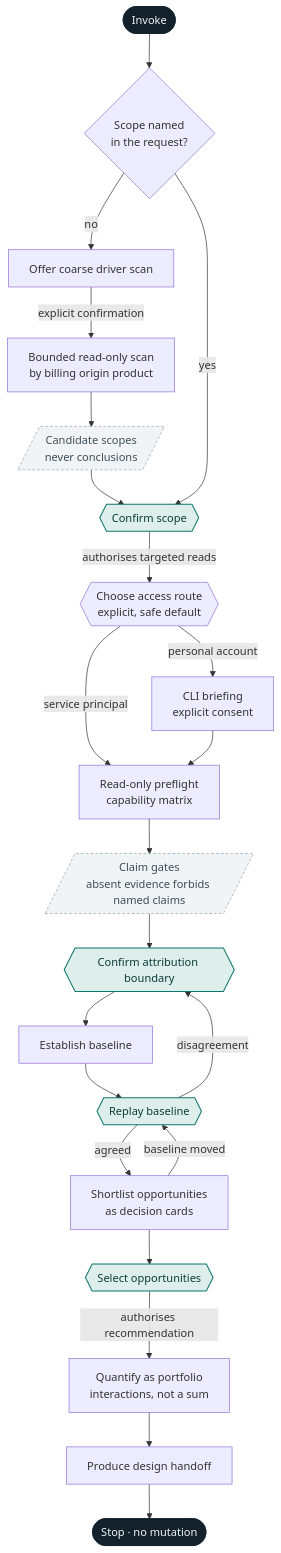
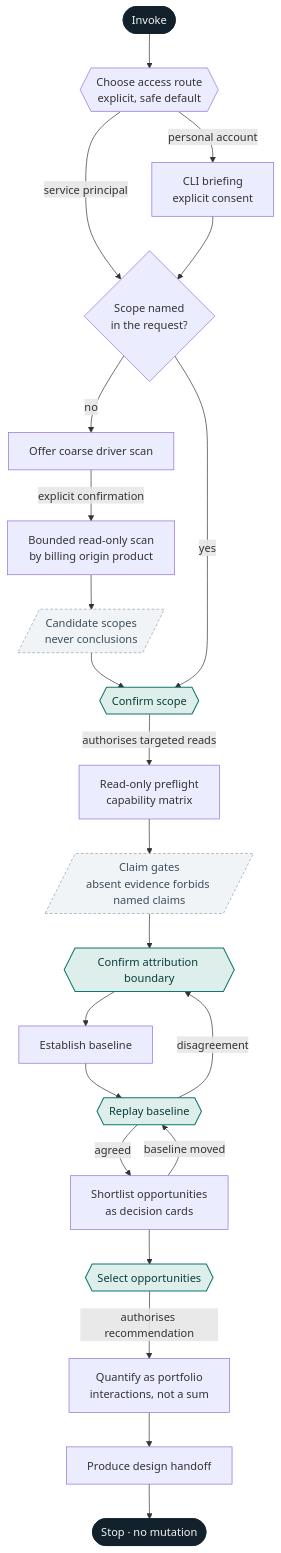
One commit to CauchyIO/ducat changed the first of 2 diagrams in SKILL.md. Above: the diagram before and after it, drawn with Mermaid. The commit also changed other lines of this file, not shown here.

First line of the commit message:
Choose the route before the scope question, so no path reads first

````diff
--- a/SKILL.md
+++ b/SKILL.md
@@ -48,33 +48,33 @@
 ```mermaid
 flowchart TD
-  START([Invoke]) --> Q{Scope named<br/>in the request?}
+  START([Invoke]) --> ROUTE{{Choose access route<br/>explicit, safe default}}
+  ROUTE -->|service principal| Q{Scope named<br/>in the request?}
+  ROUTE -->|personal account| BRIEF[CLI briefing<br/>explicit consent]
+  BRIEF --> Q
 
   Q -->|no| OFFER[Offer coarse driver scan]
   OFFER -->|explicit confirmation| SCAN[Bounded read-only scan<br/>by billing origin product]
   SCAN --> CAND[/Candidate scopes<br/>never conclusions/]
   CAND --> GATE
 
   Q -->|yes| GATE{{Confirm scope}}
-  GATE -->|authorises targeted reads| ROUTE{{Choose access route<br/>explicit, safe default}}
-  ROUTE -->|service principal| PRE[Read-only preflight<br/>capability matrix]
-  ROUTE -->|personal account| BRIEF[CLI briefing<br/>explicit consent]
-  BRIEF --> PRE
+  GATE -->|authorises targeted reads| PRE[Read-only preflight<br/>capability matrix]
   PRE --> CLAIM[/Claim gates<br/>absent evidence forbids named claims/]
   CLAIM --> ATTR{{Confirm attribution boundary}}
   ATTR --> BASE[Establish baseline]
   BASE --> REPLAY{{Replay baseline}}
   REPLAY -->|disagreement| ATTR
   REPLAY -->|agreed| SHORT[Shortlist opportunities<br/>as decision cards]
   SHORT -->|baseline moved| REPLAY
   SHORT --> SEL{{Select opportunities}}
   SEL -->|authorises recommendation| PORT[Quantify as portfolio<br/>interactions, not a sum]
   PORT --> HAND[Produce design handoff]
   HAND --> STOP([Stop · no mutation])
 
   classDef gate fill:#DDEEEB,stroke:#0F766E,stroke-width:1.5px,color:#0B3D39;
   classDef term fill:#12212B,stroke:#12212B,color:#F1F4F6;
   classDef note fill:#F1F4F6,stroke:#8FA3B0,stroke-dasharray:4 3,color:#3D4E5A;
   class GATE,ATTR,REPLAY,SEL gate;
   class START,STOP term;
   class CAND,CLAIM note;
 ```
````
